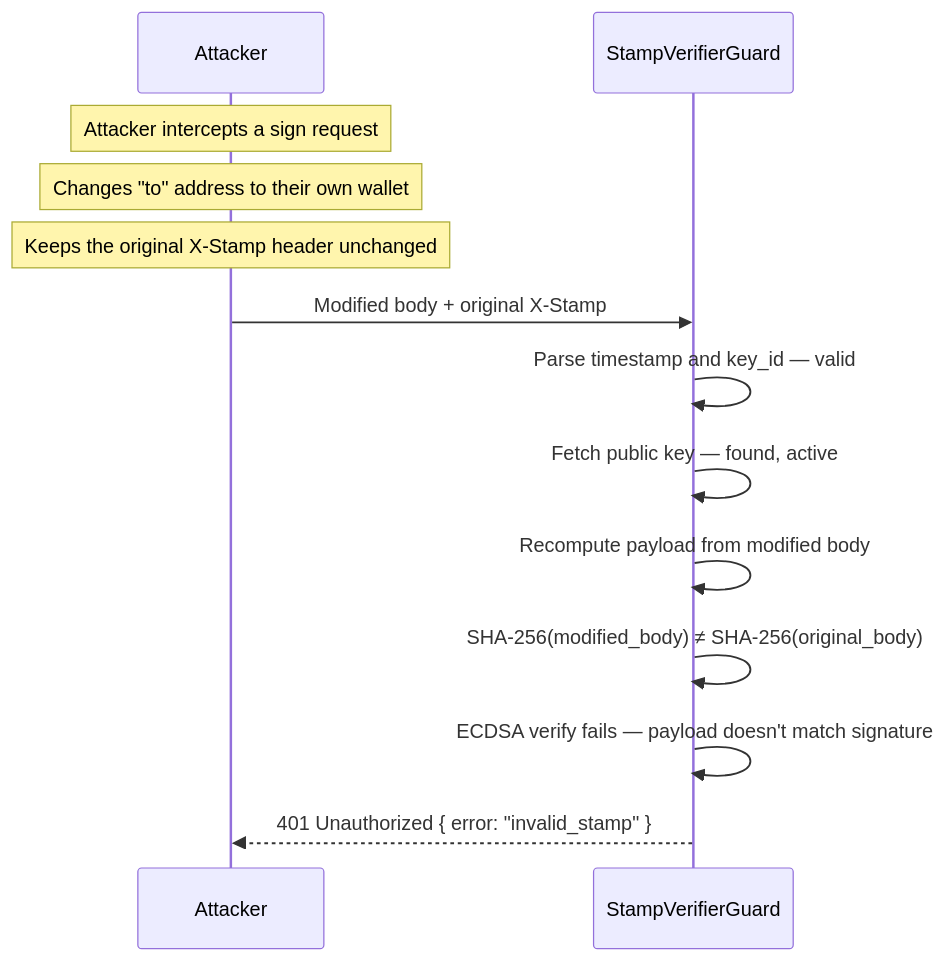
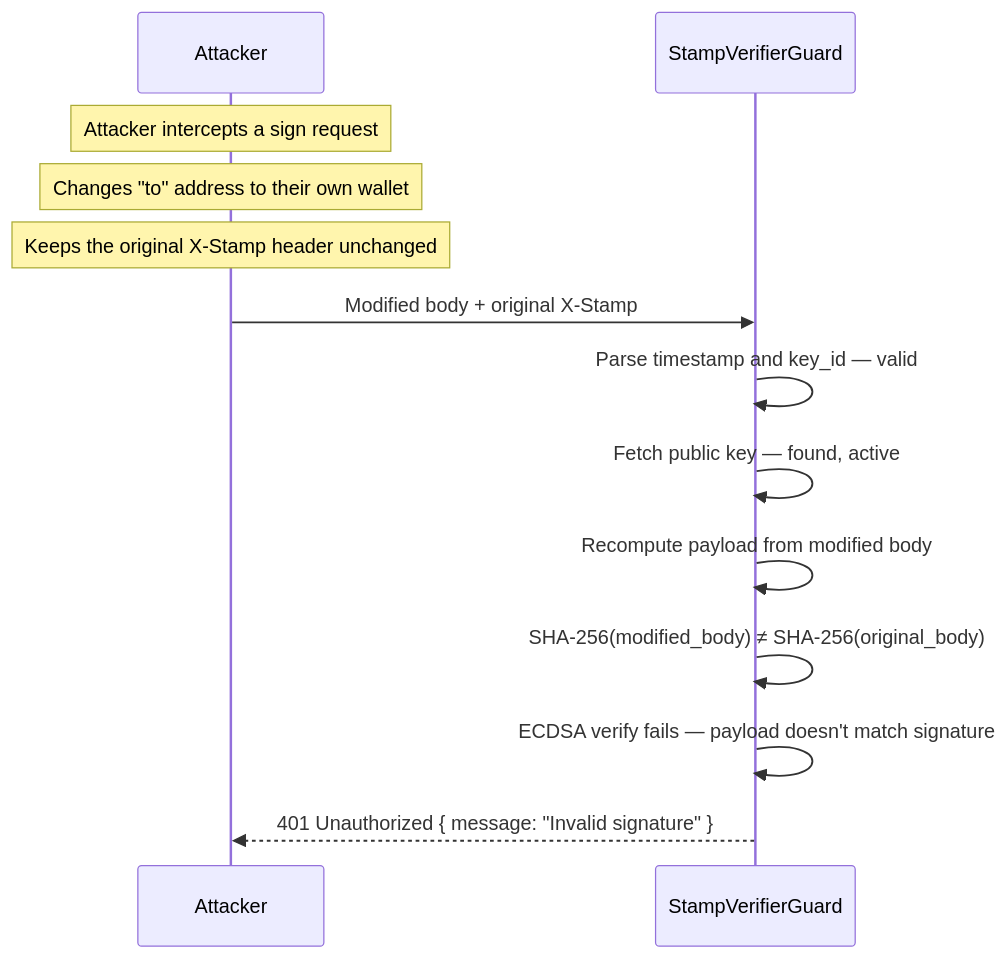
The fourth of 4 diagrams in docs/STAMP_AUTH.md (sg-milad/BrokeTurnkey), drawn with Mermaid before and after one commit. The commit also changed other lines of this file and 11 other files, not shown here.

````diff
--- a/docs/STAMP_AUTH.md
+++ b/docs/STAMP_AUTH.md
@@ -256,19 +256,19 @@
 ```mermaid
 sequenceDiagram
     participant Attacker as Attacker
     participant Guard as StampVerifierGuard
 
     note over Attacker: Attacker intercepts a sign request
     note over Attacker: Changes "to" address to their own wallet
     note over Attacker: Keeps the original X-Stamp header unchanged
 
     Attacker->>Guard: Modified body + original X-Stamp
 
     Guard->>Guard: Parse timestamp and key_id — valid
     Guard->>Guard: Fetch public key — found, active
     Guard->>Guard: Recompute payload from modified body
     Guard->>Guard: SHA-256(modified_body) ≠ SHA-256(original_body)
     Guard->>Guard: ECDSA verify fails — payload doesn't match signature
 
-    Guard-->>Attacker: 401 Unauthorized { error: "invalid_stamp" }
+    Guard-->>Attacker: 401 Unauthorized { message: "Invalid signature" }
 ```
````
